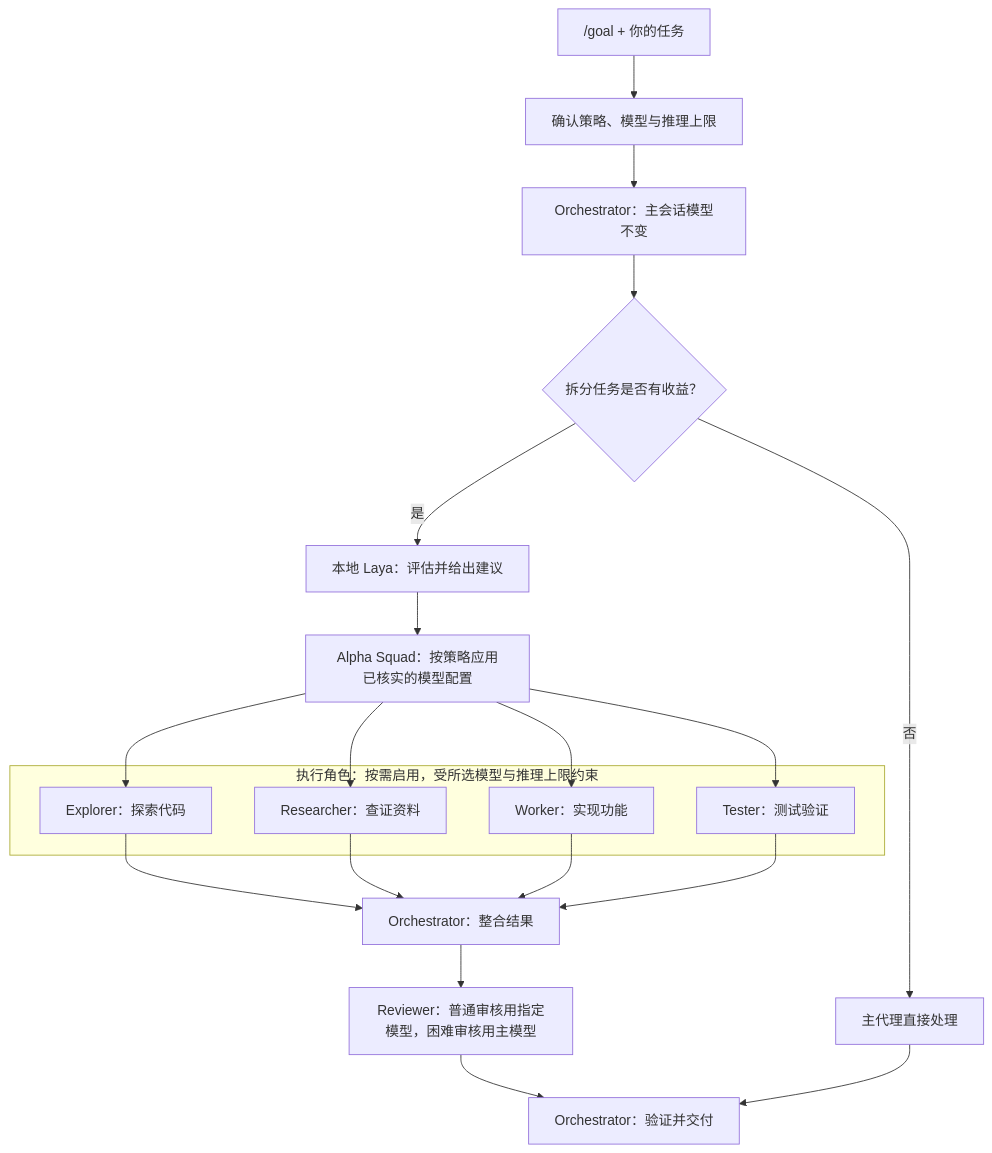
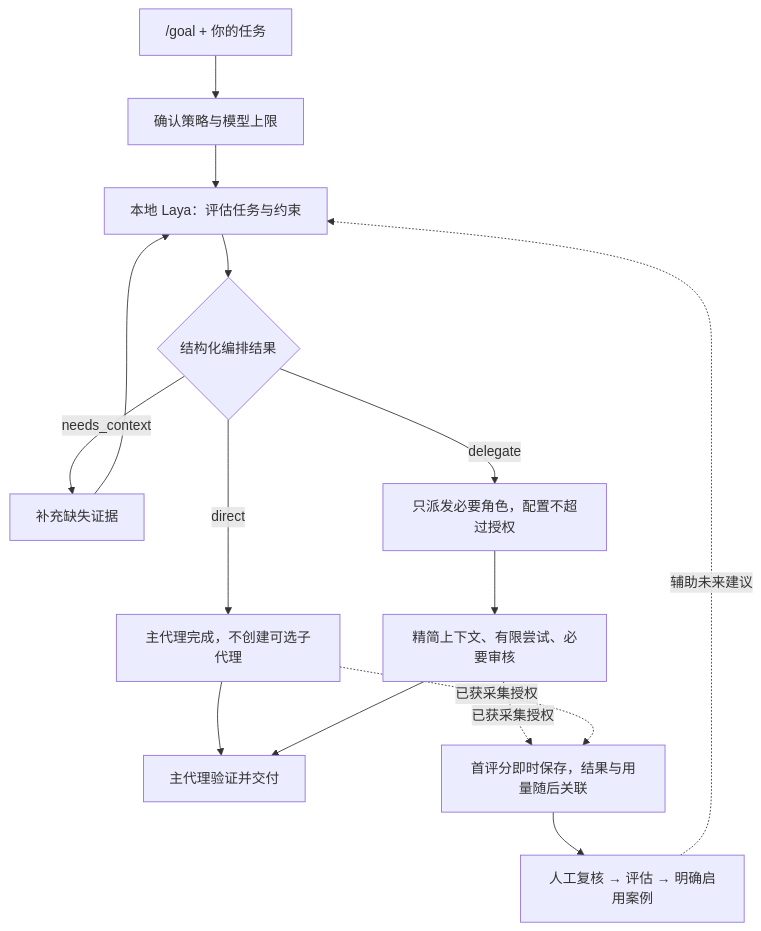
Before and after one commit to leo1394/oh-my-laya: the diagram in README-ZH.md, drawn with Mermaid. The commit also changed other lines of this file and 5 other files, not shown here.

````diff
--- a/README-ZH.md
+++ b/README-ZH.md
@@ -109,20 +61,17 @@
 ```mermaid
 flowchart TD
-    goal["/goal + 你的任务"] --> setup["确认策略、模型与推理上限"]
-    setup --> lead["Orchestrator：主会话模型不变"]
-    lead --> split{"拆分任务是否有收益？"}
-    split -->|"否"| solo["主代理直接处理"]
-    split -->|"是"| laya["本地 Laya：评估并给出建议"]
-    laya --> route["Alpha Squad：按策略应用已核实的模型配置"]
-    subgraph squad ["执行角色：按需启用，受所选模型与推理上限约束"]
-        explorer["Explorer：探索代码"]
-        researcher["Researcher：查证资料"]
-        worker["Worker：实现功能"]
-        tester["Tester：测试验证"]
-    end
-    route --> explorer & researcher & worker & tester
-    explorer & researcher & worker & tester --> merge["Orchestrator：整合结果"]
-    merge --> review["Reviewer：普通审核用指定模型，困难审核用主模型"]
-    review --> verify["Orchestrator：验证并交付"]
-    solo --> verify
+    goal["/goal + 你的任务"] --> limits["确认策略与模型上限"]
+    limits --> assess["本地 Laya：评估任务与约束"]
+    assess --> plan{"结构化编排结果"}
+    plan -->|"direct"| direct["主代理完成，不创建可选子代理"]
+    plan -->|"needs_context"| clarify["补充缺失证据"]
+    clarify --> assess
+    plan -->|"delegate"| squad["只派发必要角色，配置不超过授权"]
+    squad --> work["精简上下文、有限尝试、必要审核"]
+    direct --> verify["主代理验证并交付"]
+    work --> verify
+    work -.->|"已获采集授权"| feedback["首评分即时保存，结果与用量随后关联"]
+    direct -.->|"已获采集授权"| feedback
+    feedback --> study["人工复核 → 评估 → 明确启用案例"]
+    study -.->|"辅助未来建议"| assess
 ```
````
